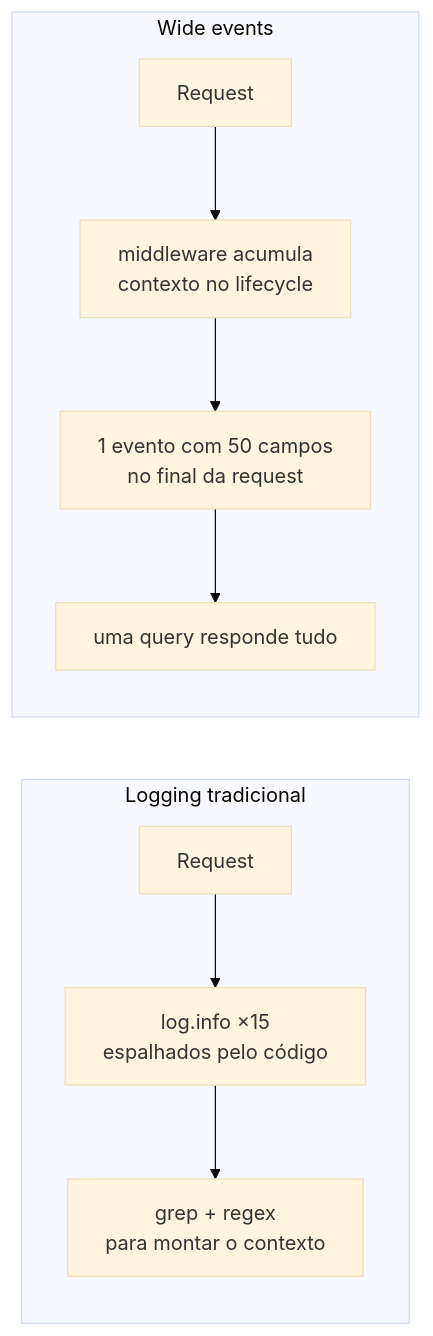
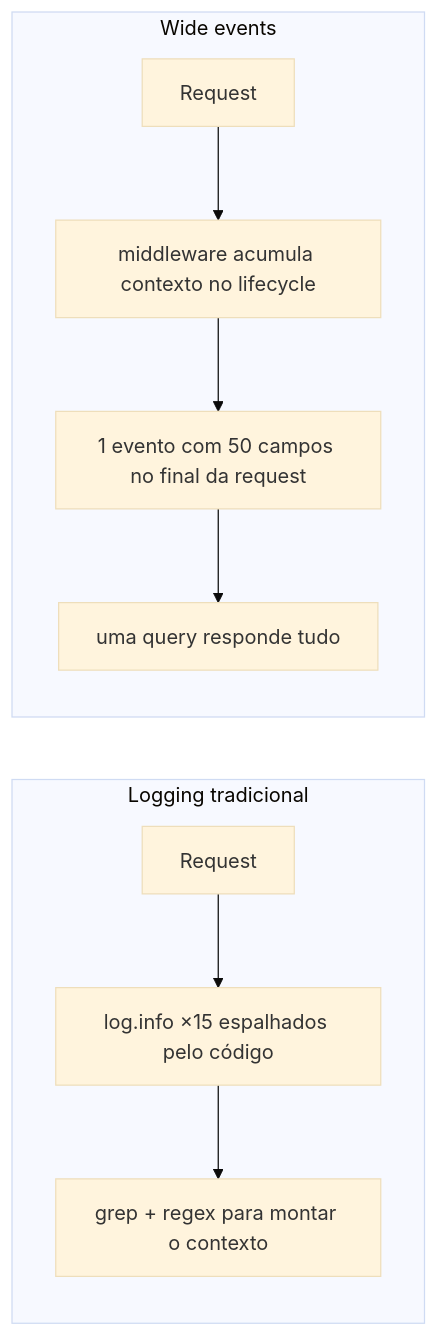
One commit to cesarschutz/cesarschutz.github.io changed the diagram in src/contents/posts/wide-events-canonical-log-lines.md. Above: the diagram before and after it, drawn with Mermaid (base theme). The commit also changed 10 other files, not shown here.

First line of the commit message:
Blinda diagramas Mermaid: remove <br> e nós invisíveis dos rótulos

````diff
--- a/src/contents/posts/wide-events-canonical-log-lines.md
+++ b/src/contents/posts/wide-events-canonical-log-lines.md
@@ -21,12 +21,12 @@
 ```mermaid
 flowchart LR
   subgraph T["Logging tradicional"]
-    R1[Request] --> L1["log.info ×15<br>espalhados pelo código"]
-    L1 --> G["grep + regex<br>para montar o contexto"]
+    R1[Request] --> L1["log.info ×15 espalhados pelo código"]
+    L1 --> G["grep + regex para montar o contexto"]
   end
   subgraph W["Wide events"]
-    R2[Request] --> MW["middleware acumula<br>contexto no lifecycle"]
-    MW --> E1["1 evento com 50 campos<br>no final da request"]
+    R2[Request] --> MW["middleware acumula contexto no lifecycle"]
+    MW --> E1["1 evento com 50 campos no final da request"]
     E1 --> Q["uma query responde tudo"]
   end
 ```
````
